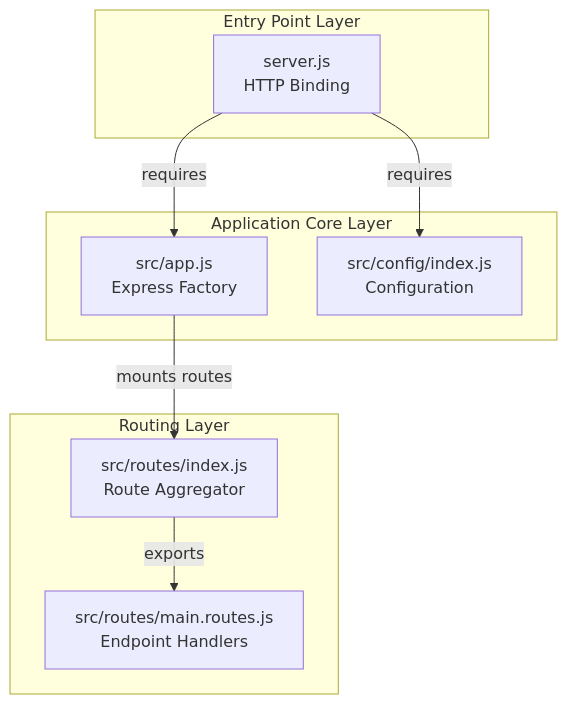
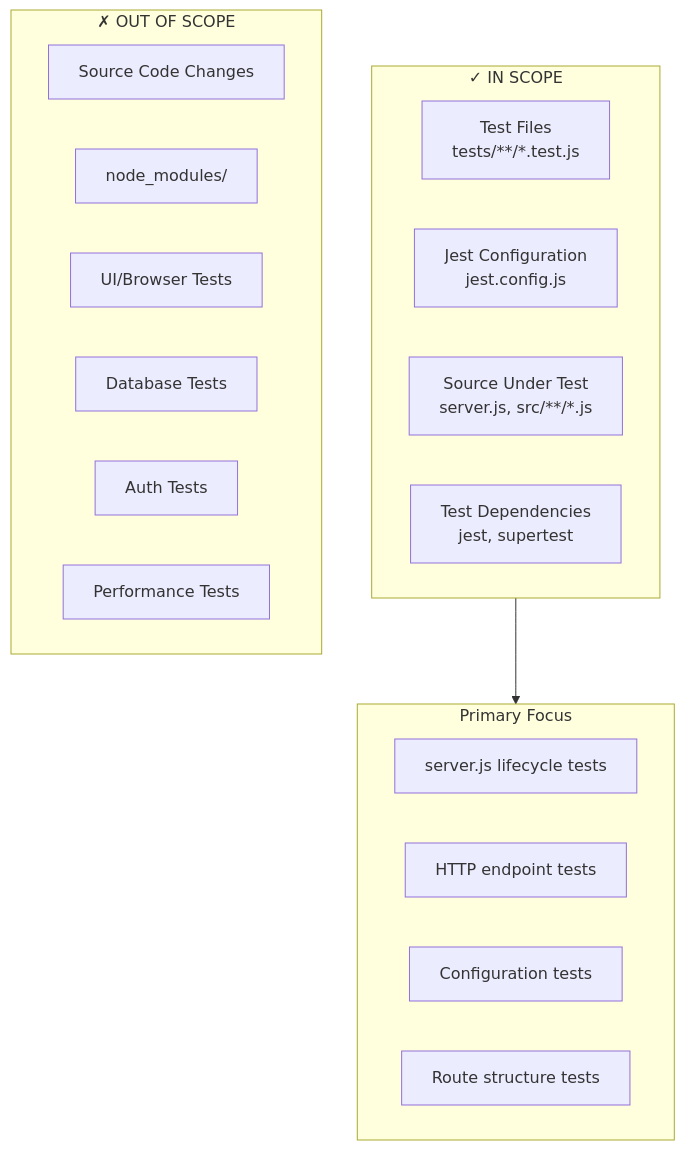
The third of 4 diagrams in blitzy/documentation/Technical Specifications.md (sudhanshu-spec/test-spec), drawn with Mermaid before and after one commit. The commit also changed other lines of this file, not shown here.

````diff
--- a/blitzy/documentation/Technical Specifications.md
+++ b/blitzy/documentation/Technical Specifications.md
@@ -243,21 +806,27 @@
 ```mermaid
-flowchart TB
-    subgraph EntryLayer["Entry Point Layer"]
-        ServerJS["server.js\nHTTP Binding"]
+flowchart TD
+    subgraph InScope["✓ IN SCOPE"]
+        TestFiles["Test Files<br/>tests/**/*.test.js"]
+        JestConfig["Jest Configuration<br/>jest.config.js"]
+        SourceFiles["Source Under Test<br/>server.js, src/**/*.js"]
+        TestDeps["Test Dependencies<br/>jest, supertest"]
     end
     
-    subgraph CoreLayer["Application Core Layer"]
-        AppJS["src/app.js\nExpress Factory"]
-        ConfigJS["src/config/index.js\nConfiguration"]
+    subgraph OutScope["✗ OUT OF SCOPE"]
+        SourceMods["Source Code Changes"]
+        NodeModules["node_modules/"]
+        UITests["UI/Browser Tests"]
+        DBTests["Database Tests"]
+        AuthTests["Auth Tests"]
+        PerfTests["Performance Tests"]
     end
     
-    subgraph RouteLayer["Routing Layer"]
-        RouteIndex["src/routes/index.js\nRoute Aggregator"]
-        MainRoutes["src/routes/main.routes.js\nEndpoint Handlers"]
+    subgraph Focus["Primary Focus"]
+        ServerTests["server.js lifecycle tests"]
+        HTTPTests["HTTP endpoint tests"]
+        ConfigTests["Configuration tests"]
+        RouteTests["Route structure tests"]
     end
     
-    ServerJS -->|"requires"| AppJS
-    ServerJS -->|"requires"| ConfigJS
-    AppJS -->|"mounts routes"| RouteIndex
-    RouteIndex -->|"exports"| MainRoutes
+    InScope --> Focus
 ```
````
